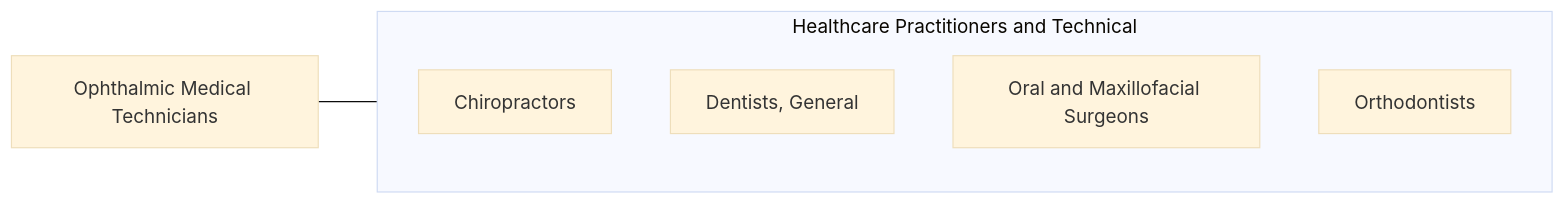
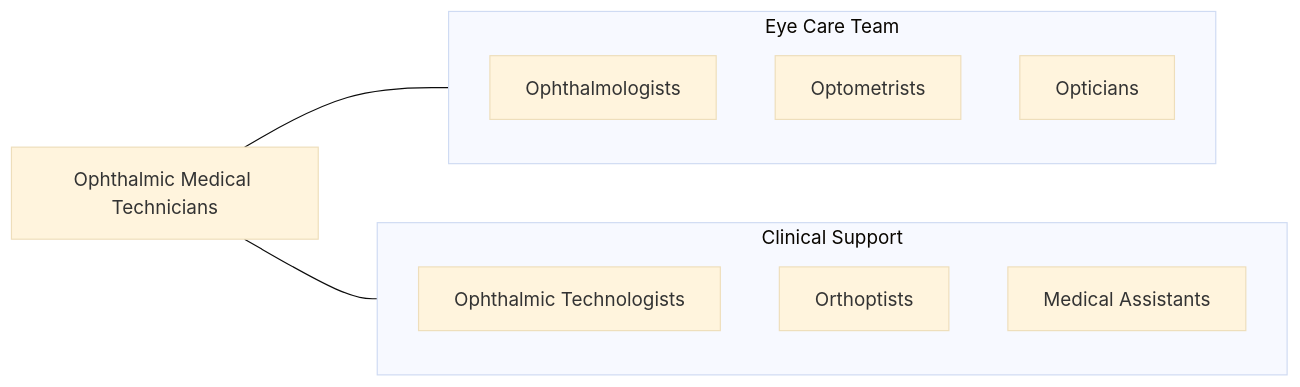
One commit to kziemski/business.org.ai changed the fourth of 4 diagrams in occupations/HealthcarePractitioners/OphthalmicMedicalTechnicians.mdx. Above: the diagram before and after it, drawn with Mermaid (base theme). The commit also changed other lines of this file and 938 other files, not shown here.

````diff
--- a/occupations/HealthcarePractitioners/OphthalmicMedicalTechnicians.mdx
+++ b/occupations/HealthcarePractitioners/OphthalmicMedicalTechnicians.mdx
@@ -122,13 +181,19 @@
 ```mermaid
 graph LR
     Current["Ophthalmic Medical Technicians"]
 
-    subgraph SameCategory["Healthcare Practitioners and Technical"]
-        Chiropractors["Chiropractors"]
-        DentistsGeneral["Dentists, General"]
-        OralAndMaxillofacial["Oral and Maxillofacial Surgeons"]
-        Orthodontists["Orthodontists"]
+    subgraph EyeTeam["Eye Care Team"]
+        Ophthalmologists["Ophthalmologists"]
+        Optometrists["Optometrists"]
+        Opticians["Opticians"]
     end
 
-    Current --- SameCategory
+    subgraph Support["Clinical Support"]
+        OphthTechs["Ophthalmic Technologists"]
+        Orthoptists["Orthoptists"]
+        MedAssistants["Medical Assistants"]
+    end
+
+    Current --- EyeTeam
+    Current --- Support
 ```
````
